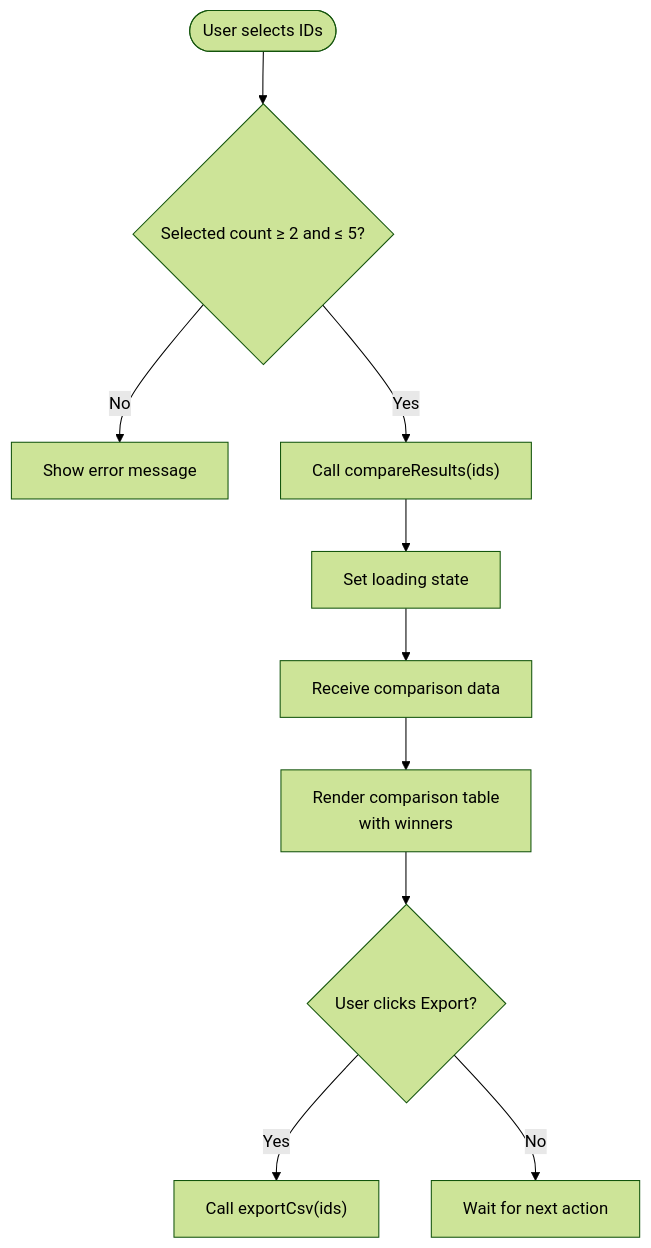
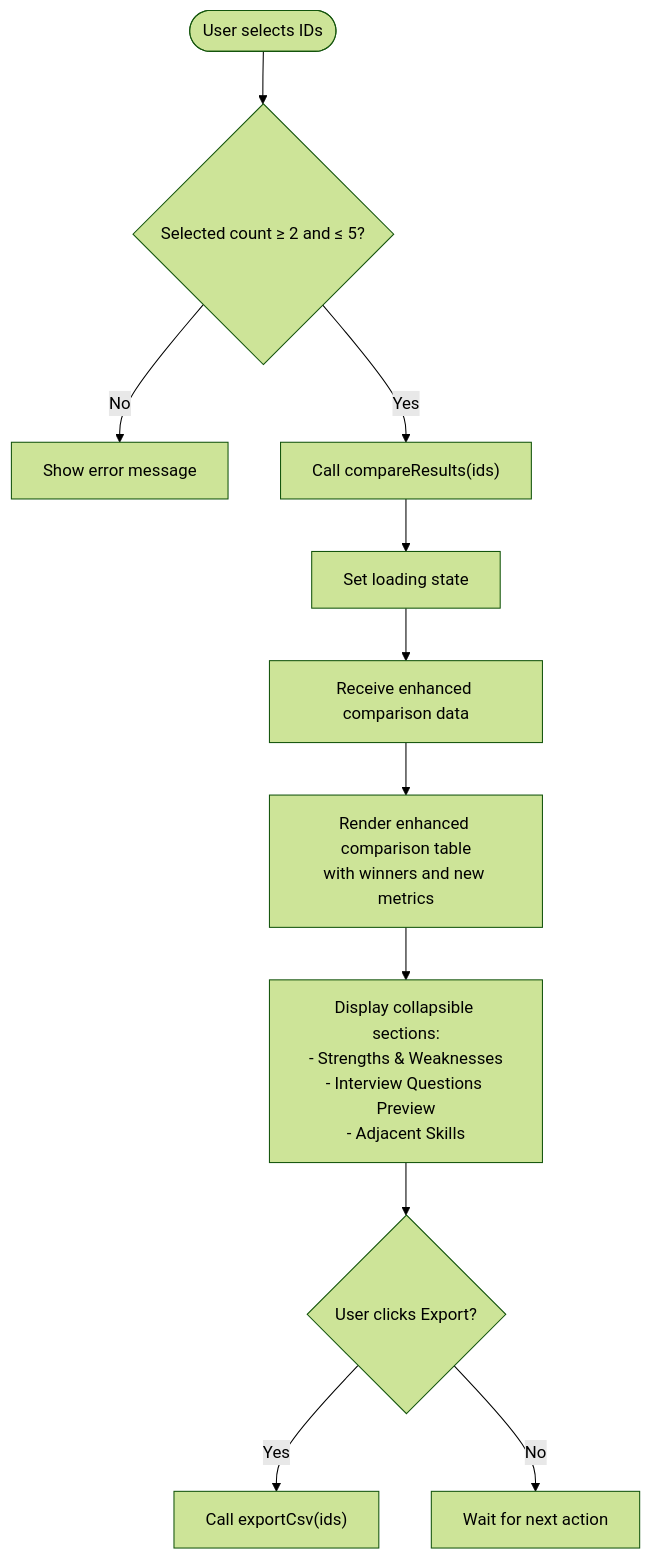
The third of 9 diagrams in .qoder/repowiki/en/content/Reporting & Analytics/Comparison & Visualization.md (Revanththetalogics/aireume), drawn with Mermaid (forest theme) before and after one commit. The commit also changed other lines of this file and 6 other files, not shown here.

````diff
--- a/.qoder/repowiki/en/content/Reporting & Analytics/Comparison & Visualization.md
+++ b/.qoder/repowiki/en/content/Reporting & Analytics/Comparison & Visualization.md
@@ -150,12 +165,13 @@
 ```mermaid
 flowchart TD
 Start(["User selects IDs"]) --> Validate{"Selected count ≥ 2 and ≤ 5?"}
 Validate --> |No| ShowError["Show error message"]
 Validate --> |Yes| Request["Call compareResults(ids)"]
 Request --> Loading["Set loading state"]
-Loading --> Receive["Receive comparison data"]
-Receive --> Render["Render comparison table<br/>with winners"]
-Render --> Actions{"User clicks Export?"}
+Loading --> Receive["Receive enhanced comparison data"]
+Receive --> Render["Render enhanced comparison table<br/>with winners and new metrics"]
+Render --> Collapsible["Display collapsible sections:<br/>- Strengths & Weaknesses<br/>- Interview Questions Preview<br/>- Adjacent Skills"]
+Collapsible --> Actions{"User clicks Export?"}
 Actions --> |Yes| Export["Call exportCsv(ids)"]
 Actions --> |No| Wait["Wait for next action"]
 ```
````
